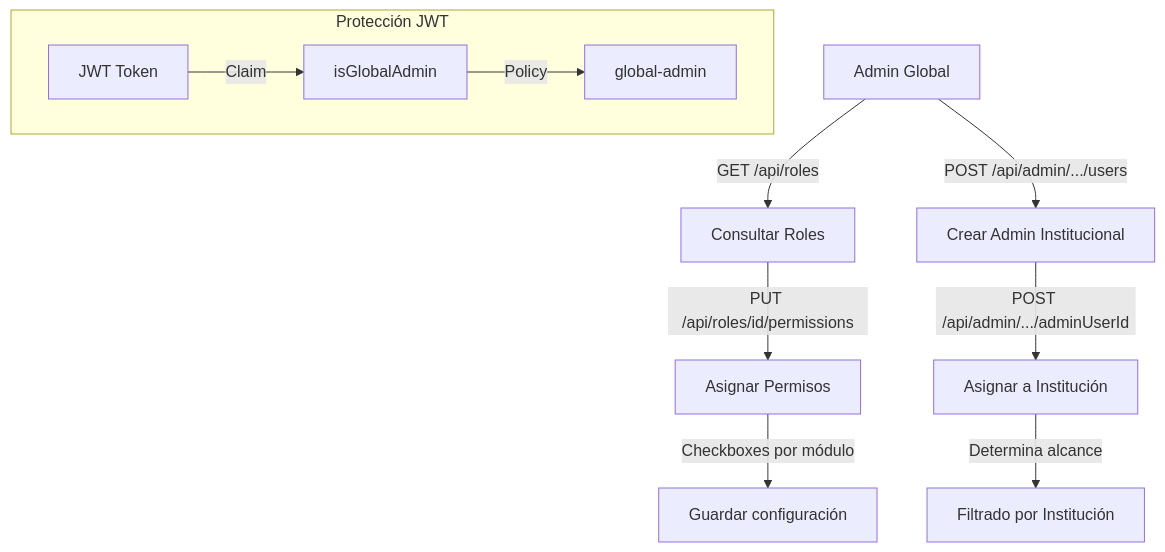
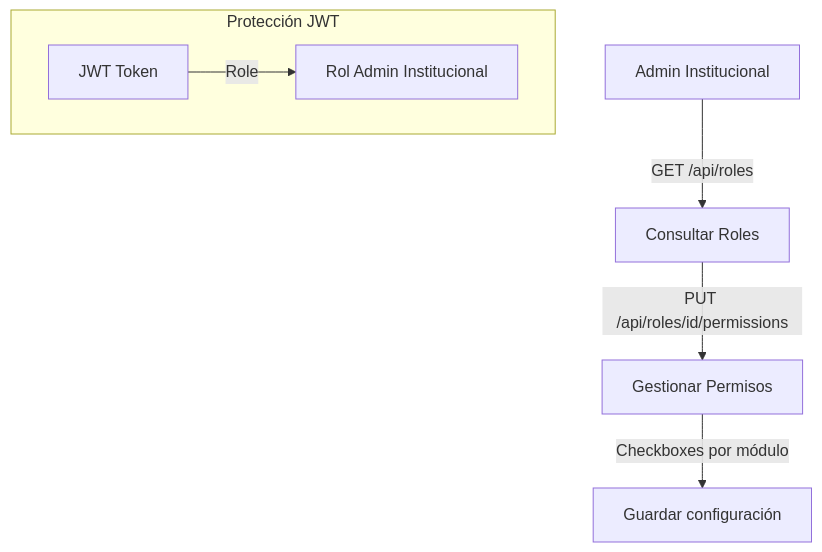
Before and after one commit to Sacha-html/InclusiON: the diagram in InclusiON.Documents/Process/02-gestion-roles-permisos.md, drawn with Mermaid. The commit also changed other lines of this file and 138 other files, not shown here.

Commit message:
docs: actualizacion integral de sprints 1-12, ABMs sin CUE, remocion admin global y catalogos institucionales

````diff
--- a/InclusiON.Documents/Process/02-gestion-roles-permisos.md
+++ b/InclusiON.Documents/Process/02-gestion-roles-permisos.md
@@ -88,15 +48,10 @@
 ```mermaid
 flowchart TD
-    AG[Admin Global] -->|GET /api/roles| ROLES[Consultar Roles]
-    ROLES -->|PUT /api/roles/id/permissions| PERM[Asignar Permisos]
+    AI[Admin Institucional] -->|GET /api/roles| ROLES[Consultar Roles]
+    ROLES -->|PUT /api/roles/id/permissions| PERM[Gestionar Permisos]
     PERM -->|Checkboxes por módulo| SAVE[Guardar configuración]
 
-    AG -->|POST /api/admin/.../users| AI[Crear Admin Institucional]
-    AI -->|POST /api/admin/.../adminUserId| VINC[Asignar a Institución]
-    VINC -->|Determina alcance| FILTRO[Filtrado por Institución]
-
     subgraph Protección JWT
-        JWT[JWT Token] -->|Claim| GLA[isGlobalAdmin]
-        GLA -->|Policy| POL[global-admin]
+        JWT[JWT Token] -->|Role| POL[Rol Admin Institucional]
     end
 ```
````
